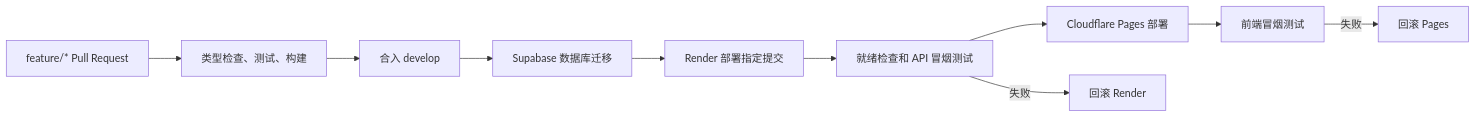
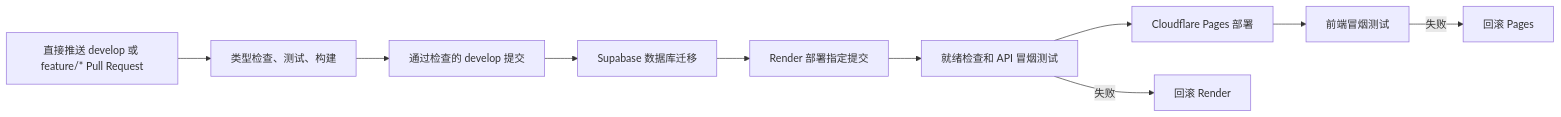
Before and after one commit to ggbond-zhl/sparkbee: the diagram in docs/test-environment-release-plan.md, drawn with Mermaid. The commit also changed other lines of this file and 3 other files, not shown here.

````diff
--- a/docs/test-environment-release-plan.md
+++ b/docs/test-environment-release-plan.md
@@ -26,12 +26,12 @@
 ```mermaid
 flowchart LR
-    A["feature/* Pull Request"] --> B["类型检查、测试、构建"]
-    B --> C["合入 develop"]
+    A["直接推送 develop 或 feature/* Pull Request"] --> B["类型检查、测试、构建"]
+    B --> C["通过检查的 develop 提交"]
     C --> D["Supabase 数据库迁移"]
     D --> E["Render 部署指定提交"]
     E --> F["就绪检查和 API 冒烟测试"]
     F --> G["Cloudflare Pages 部署"]
     G --> H["前端冒烟测试"]
     F -->|失败| I["回滚 Render"]
     H -->|失败| J["回滚 Pages"]
 ```
````
